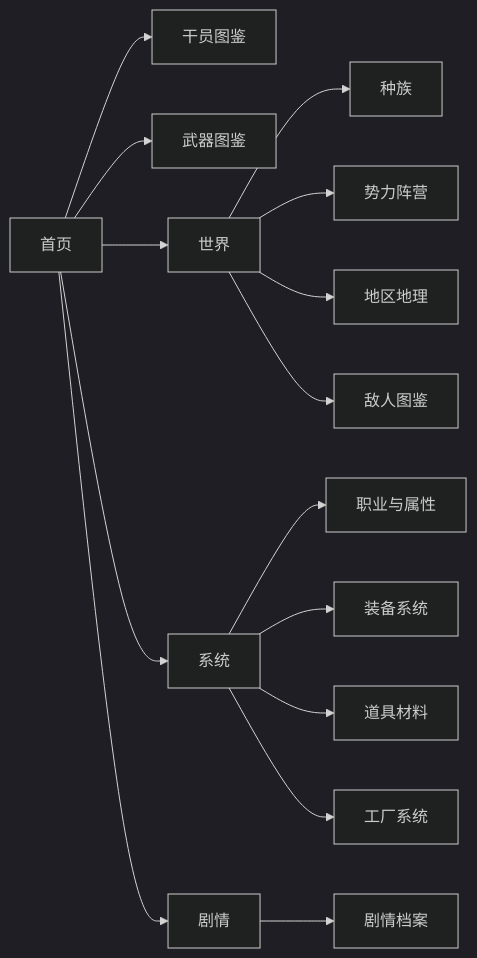
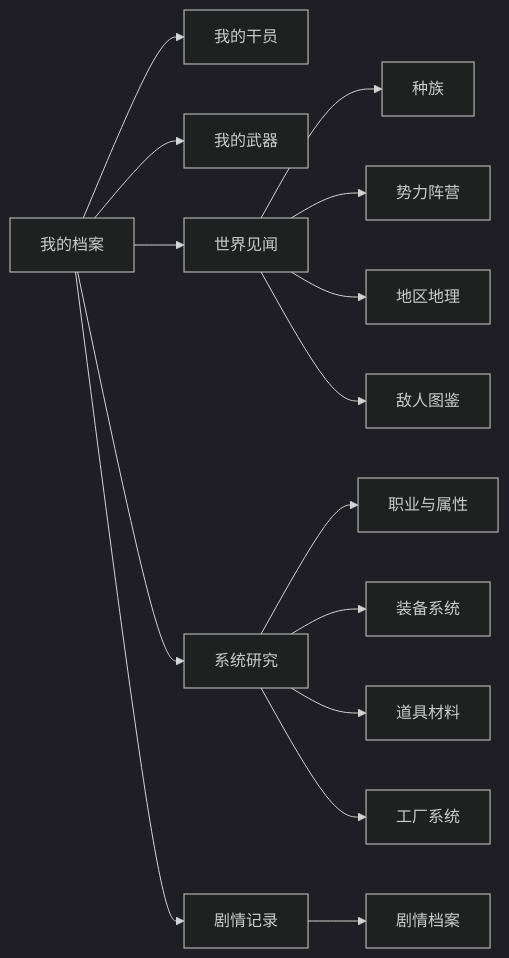
One commit to Deliay/hongshan-archives-bureau changed the second of 2 diagrams in docs/product/00-site-concept.md. Above: the diagram before and after it, drawn with Mermaid (dark theme). The commit also changed other lines of this file and 11 other files, not shown here.

````diff
--- a/docs/product/00-site-concept.md
+++ b/docs/product/00-site-concept.md
@@ -139,17 +139,17 @@
 ```mermaid
 flowchart LR
-    A[首页] --> B[干员图鉴]
-    A --> C[武器图鉴]
-    A --> D[世界]
-    A --> E[系统]
-    A --> F[剧情]
+    A[我的档案] --> B[我的干员]
+    A --> C[我的武器]
+    A --> D[世界见闻]
+    A --> E[系统研究]
+    A --> F[剧情记录]
     D --> G[种族]
     D --> H[势力阵营]
     D --> I[地区地理]
     E --> J[职业与属性]
     E --> K[装备系统]
     E --> L[道具材料]
     E --> M[工厂系统]
     F --> N[剧情档案]
     D --> O[敌人图鉴]
 ```
````
